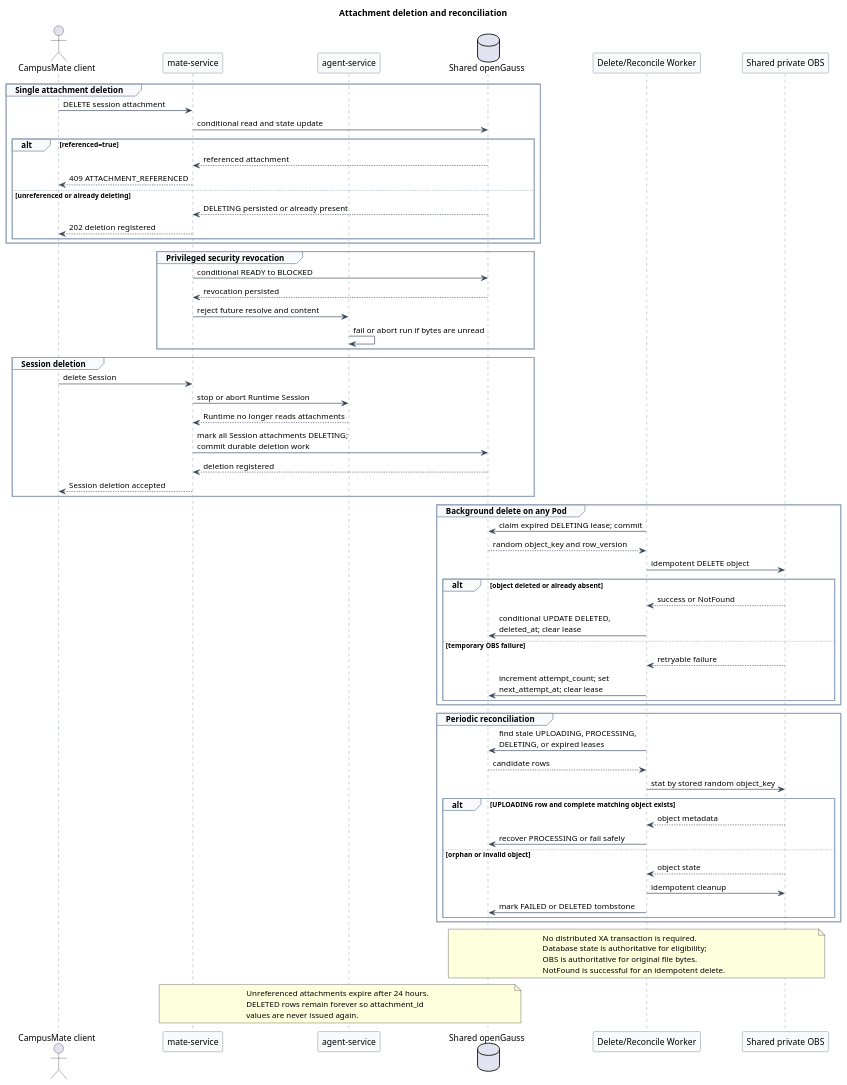
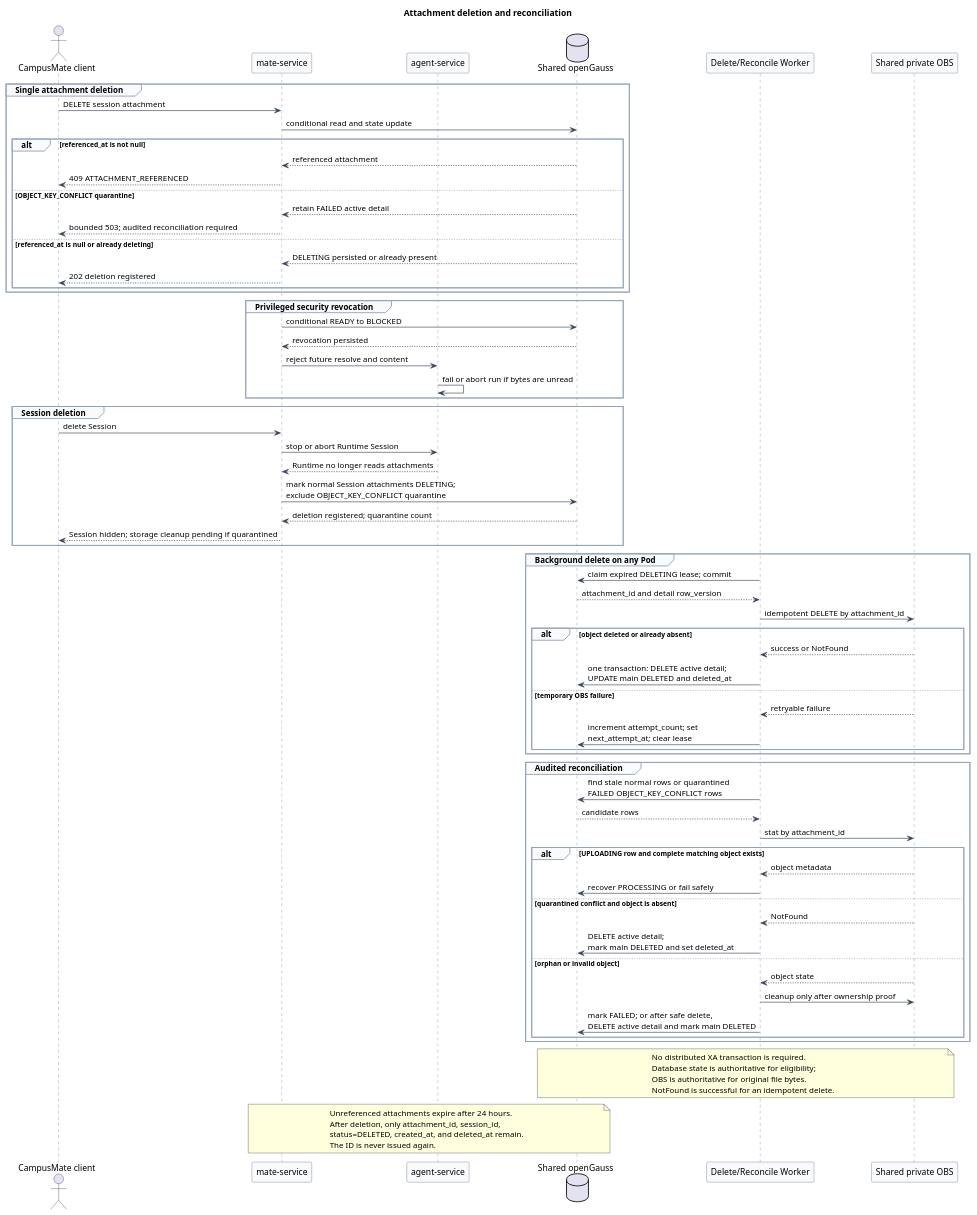
Before and after one commit to superheromeZzh/pi-mono-java-design: the fourth of 4 diagrams in campusmate-attachment-service/diagram.puml, drawn with PlantUML. The commit also changed other lines of this file and 18 other files, not shown here.

```diff
--- a/campusmate-attachment-service/diagram.puml
+++ b/campusmate-attachment-service/diagram.puml
@@ -271,102 +281,109 @@
 @startuml attachment_deletion_and_reconciliation
 title Attachment deletion and reconciliation
 
 ' Source evidence (pi-mono-java 1f7a5423219edfa4519d8719f1cc8a188ed72873):
 ' docs/plans/ws-chat-followups.md, lines 12-37
 ' Observed behavior: the baseline lists attachment transport as future work and
 ' therefore has no implemented deletion, tombstone, lease, or reconciliation flow.
 ' Target design: one attachment belongs to one Session; unreferenced content can
 ' be deleted independently, while referenced content is retained until Session deletion.
 ' Architecture change: OBS and openGauss do not use XA; conditional state changes,
 ' short leases, idempotent object operations, and periodic reconciliation recover faults.
 ' Product constraint: v1 has no cross-Session reuse, content versioning, restore,
 ' reference-counted retention claim, or resumable multipart upload.
 
 skinparam backgroundColor #FFFFFF
 skinparam shadowing false
 skinparam defaultFontName Arial
 skinparam sequence {
   ArrowColor #334155
   LifeLineBorderColor #64748B
   LifeLineBackgroundColor #F8FAFC
   ParticipantBorderColor #475569
   ParticipantBackgroundColor #F8FAFC
   GroupBorderColor #94A3B8
   GroupBackgroundColor #F8FAFC
 }
 
 actor "CampusMate client" as Client
 participant "mate-service" as Mate
 participant "agent-service" as Agent
 database "Shared openGauss" as DB
 participant "Delete/Reconcile Worker" as Worker
 participant "Shared private OBS" as OBS
 
 group Single attachment deletion
   Client -> Mate : DELETE session attachment
   Mate -> DB : conditional read and state update
-  alt referenced=true
+  alt referenced_at is not null
     DB --> Mate : referenced attachment
     Mate --> Client : 409 ATTACHMENT_REFERENCED
-  else unreferenced or already deleting
+  else OBJECT_KEY_CONFLICT quarantine
+    DB --> Mate : retain FAILED active detail
+    Mate --> Client : bounded 503; audited reconciliation required
+  else referenced_at is null or already deleting
     DB --> Mate : DELETING persisted or already present
     Mate --> Client : 202 deletion registered
   end
 end
 
 group Privileged security revocation
   Mate -> DB : conditional READY to BLOCKED
   DB --> Mate : revocation persisted
   Mate -> Agent : reject future resolve and content
   Agent -> Agent : fail or abort run if bytes are unread
 end
 
 group Session deletion
   Client -> Mate : delete Session
   Mate -> Agent : stop or abort Runtime Session
   Agent --> Mate : Runtime no longer reads attachments
-  Mate -> DB : mark all Session attachments DELETING;\ncommit durable deletion work
-  DB --> Mate : deletion registered
-  Mate --> Client : Session deletion accepted
+  Mate -> DB : mark normal Session attachments DELETING;\nexclude OBJECT_KEY_CONFLICT quarantine
+  DB --> Mate : deletion registered; quarantine count
+  Mate --> Client : Session hidden; storage cleanup pending if quarantined
 end
 
 group Background delete on any Pod
   Worker -> DB : claim expired DELETING lease; commit
-  DB --> Worker : random object_key and row_version
-  Worker -> OBS : idempotent DELETE object
+  DB --> Worker : attachment_id and detail row_version
+  Worker -> OBS : idempotent DELETE by attachment_id
   alt object deleted or already absent
     OBS --> Worker : success or NotFound
-    Worker -> DB : conditional UPDATE DELETED,\ndeleted_at; clear lease
+    Worker -> DB : one transaction: DELETE active detail;\nUPDATE main DELETED and deleted_at
   else temporary OBS failure
     OBS --> Worker : retryable failure
     Worker -> DB : increment attempt_count; set\nnext_attempt_at; clear lease
   end
 end
 
-group Periodic reconciliation
-  Worker -> DB : find stale UPLOADING, PROCESSING,\nDELETING, or expired leases
+group Audited reconciliation
+  Worker -> DB : find stale normal rows or quarantined\nFAILED OBJECT_KEY_CONFLICT rows
   DB --> Worker : candidate rows
-  Worker -> OBS : stat by stored random object_key
+  Worker -> OBS : stat by attachment_id
   alt UPLOADING row and complete matching object exists
     OBS --> Worker : object metadata
     Worker -> DB : recover PROCESSING or fail safely
+  else quarantined conflict and object is absent
+    OBS --> Worker : NotFound
+    Worker -> DB : DELETE active detail;\nmark main DELETED and set deleted_at
   else orphan or invalid object
     OBS --> Worker : object state
-    Worker -> OBS : idempotent cleanup
-    Worker -> DB : mark FAILED or DELETED tombstone
+    Worker -> OBS : cleanup only after ownership proof
+    Worker -> DB : mark FAILED; or after safe delete,\nDELETE active detail and mark main DELETED
   end
 end
 
 note over DB,OBS
 No distributed XA transaction is required.
 Database state is authoritative for eligibility;
 OBS is authoritative for original file bytes.
 NotFound is successful for an idempotent delete.
 end note
 
 note over Mate,DB
 Unreferenced attachments expire after 24 hours.
-DELETED rows remain forever so attachment_id
-values are never issued again.
+After deletion, only attachment_id, session_id,
+status=DELETED, created_at, and deleted_at remain.
+The ID is never issued again.
 end note
 @enduml
```
